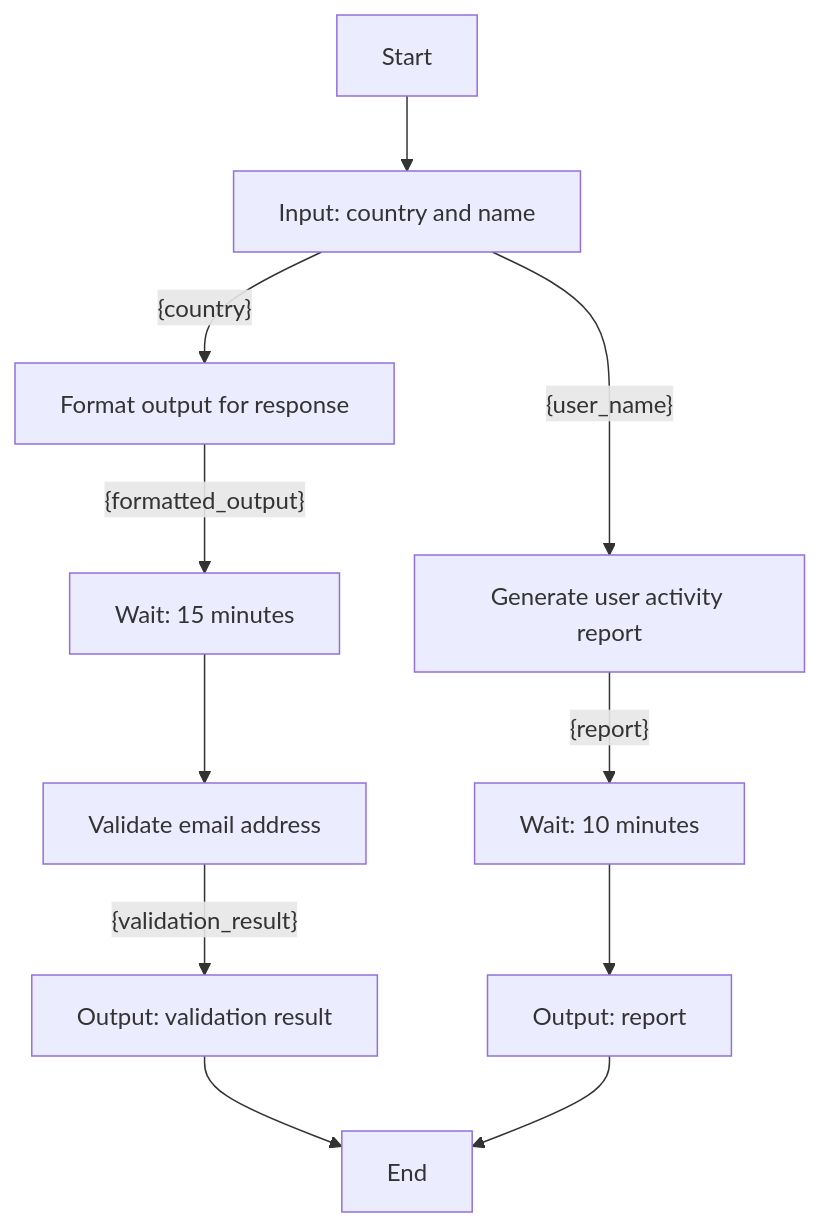
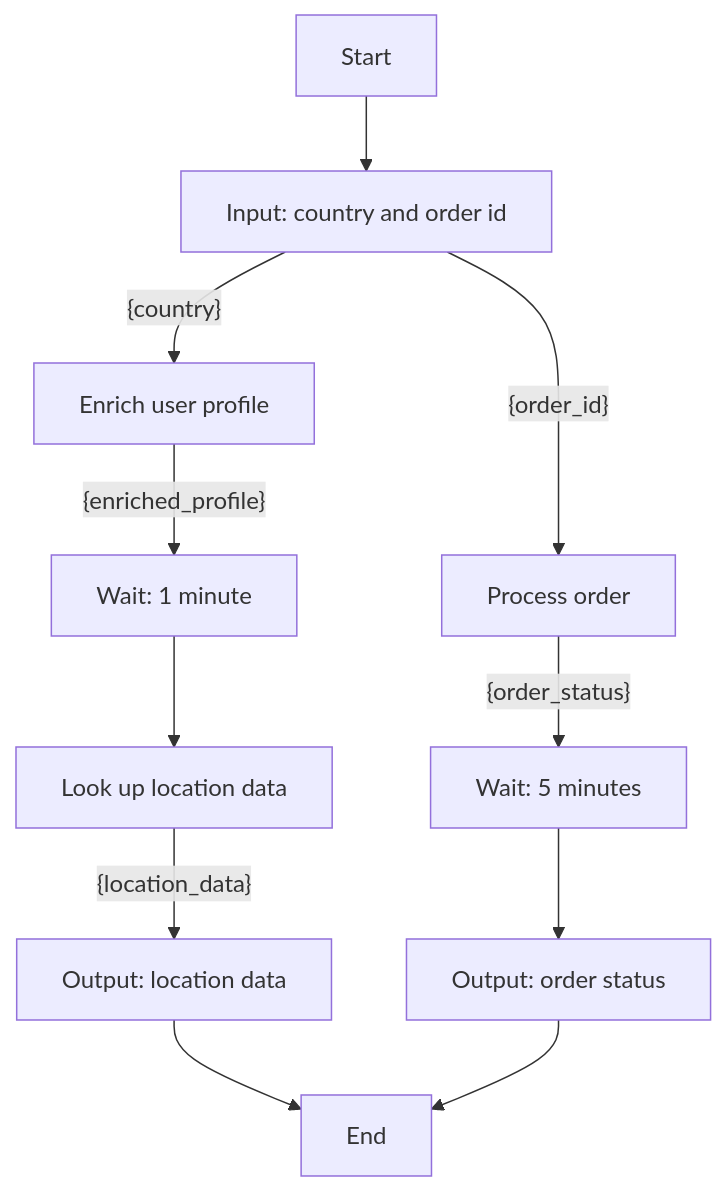
The diagram in poc-dsl-compiler/input/workflows/workflow_7.md (YJ-928/Temporal-Python-SDK), drawn with Mermaid before and after one commit. The commit also changed 52 other files, not shown here.

````diff
--- a/poc-dsl-compiler/input/workflows/workflow_7.md
+++ b/poc-dsl-compiler/input/workflows/workflow_7.md
@@ -1,13 +1,13 @@
 ```mermaid
 graph TD
-    A[Start] --> B[Input: country and name]
-    B[Input: country and name] -- {country} --> C[Format output for response]
-    C[Format output for response] -- {formatted_output} --> D[Wait: 15 minutes]
-    D[Wait: 15 minutes] --> E[Validate email address]
-    E[Validate email address] -- {validation_result} --> F[Output: validation result]
-    F[Output: validation result] --> J[End]
-    B[Input: country and name] -- {user_name} --> G[Generate user activity report]
-    G[Generate user activity report] -- {report} --> H[Wait: 10 minutes]
-    H[Wait: 10 minutes] --> I[Output: report]
-    I[Output: report] --> J[End]
+    A[Start] --> B[Input: country and order id]
+    B[Input: country and order id] -- {country} --> C[Enrich user profile]
+    C[Enrich user profile] -- {enriched_profile} --> D[Wait: 1 minute]
+    D[Wait: 1 minute] --> E[Look up location data]
+    E[Look up location data] -- {location_data} --> F[Output: location data]
+    F[Output: location data] --> J[End]
+    B[Input: country and order id] -- {order_id} --> G[Process order]
+    G[Process order] -- {order_status} --> H[Wait: 5 minutes]
+    H[Wait: 5 minutes] --> I[Output: order status]
+    I[Output: order status] --> J[End]
 ```
````
